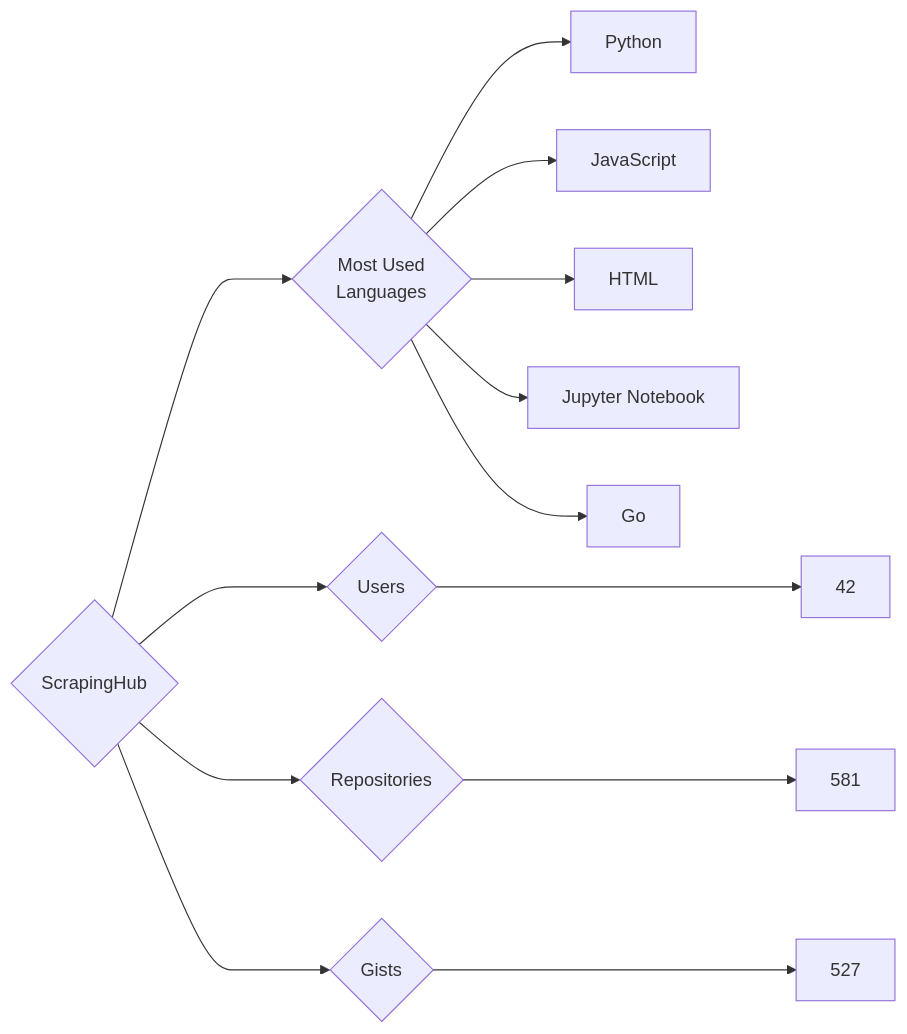
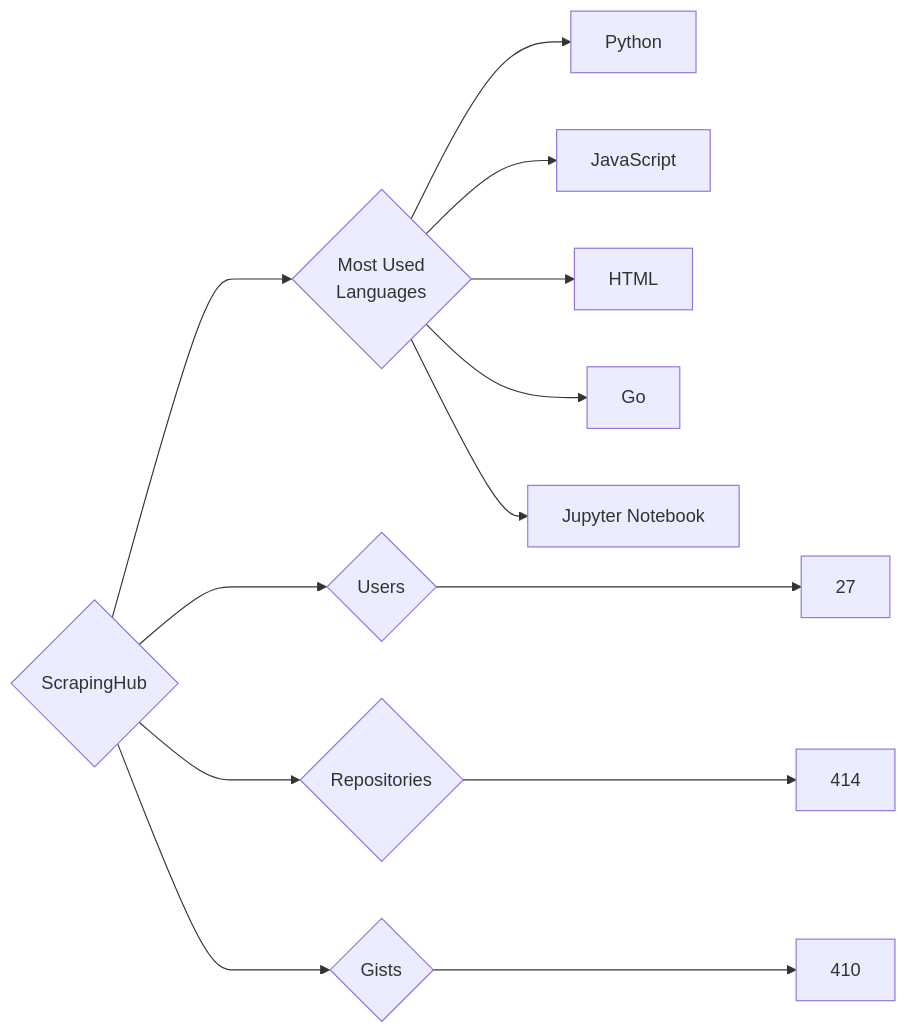
One commit to trickest/insiders changed the diagram in targets/ScrapingHub/README.md. Above: the diagram before and after it, drawn with Mermaid. The commit also changed 912 other files, not shown here.

````diff
--- a/targets/ScrapingHub/README.md
+++ b/targets/ScrapingHub/README.md
@@ -3,13 +3,13 @@
 ```mermaid
 graph LR
 COMPANY_NAME{ScrapingHub}
-COMPANY_NAME ---> U{Users} ---> UN[42]
-COMPANY_NAME ---> R{Repositories} ---> RN[581]
-COMPANY_NAME ---> G{Gists} ---> GN[527]
+COMPANY_NAME ---> U{Users} ---> UN[27]
+COMPANY_NAME ---> R{Repositories} ---> RN[414]
+COMPANY_NAME ---> G{Gists} ---> GN[410]
 COMPANY_NAME ---> ML{Most Used<br>Languages}
 ML --> Python[Python]
 ML --> JavaScript[JavaScript]
 ML --> HTML[HTML]
+ML --> Go[Go]
 ML --> Jupyter_Notebook[Jupyter Notebook]
-ML --> Go[Go]
 ```
````
